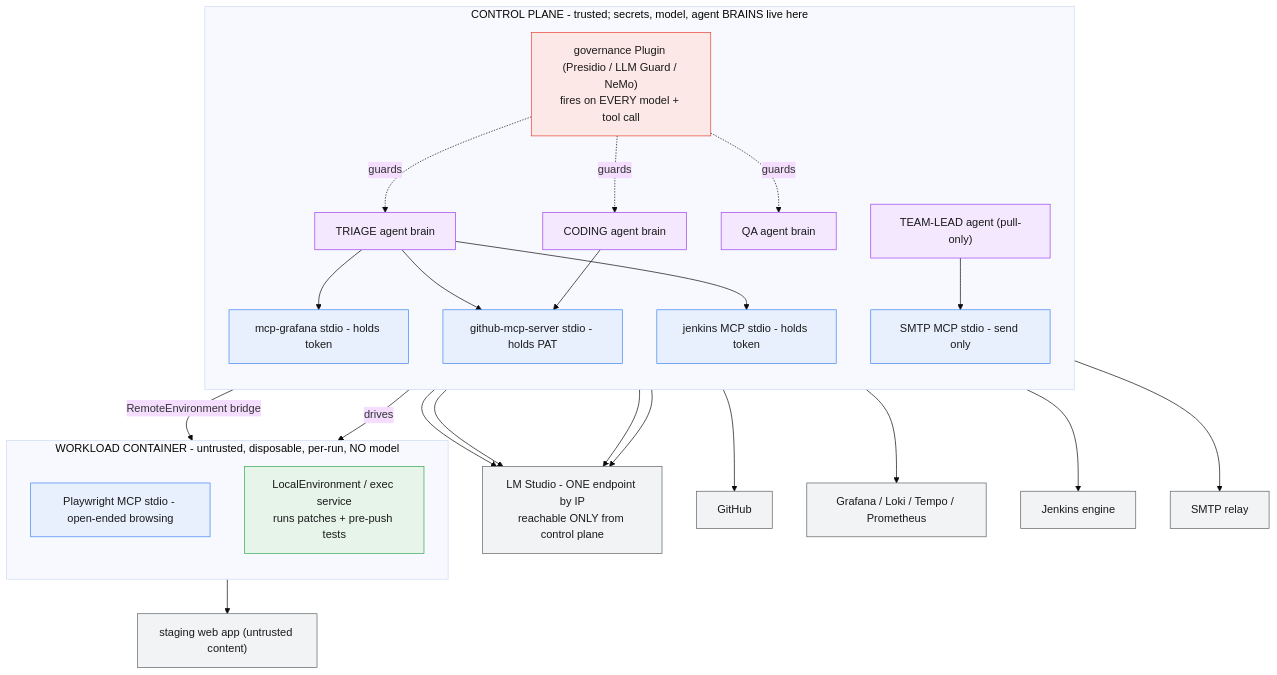
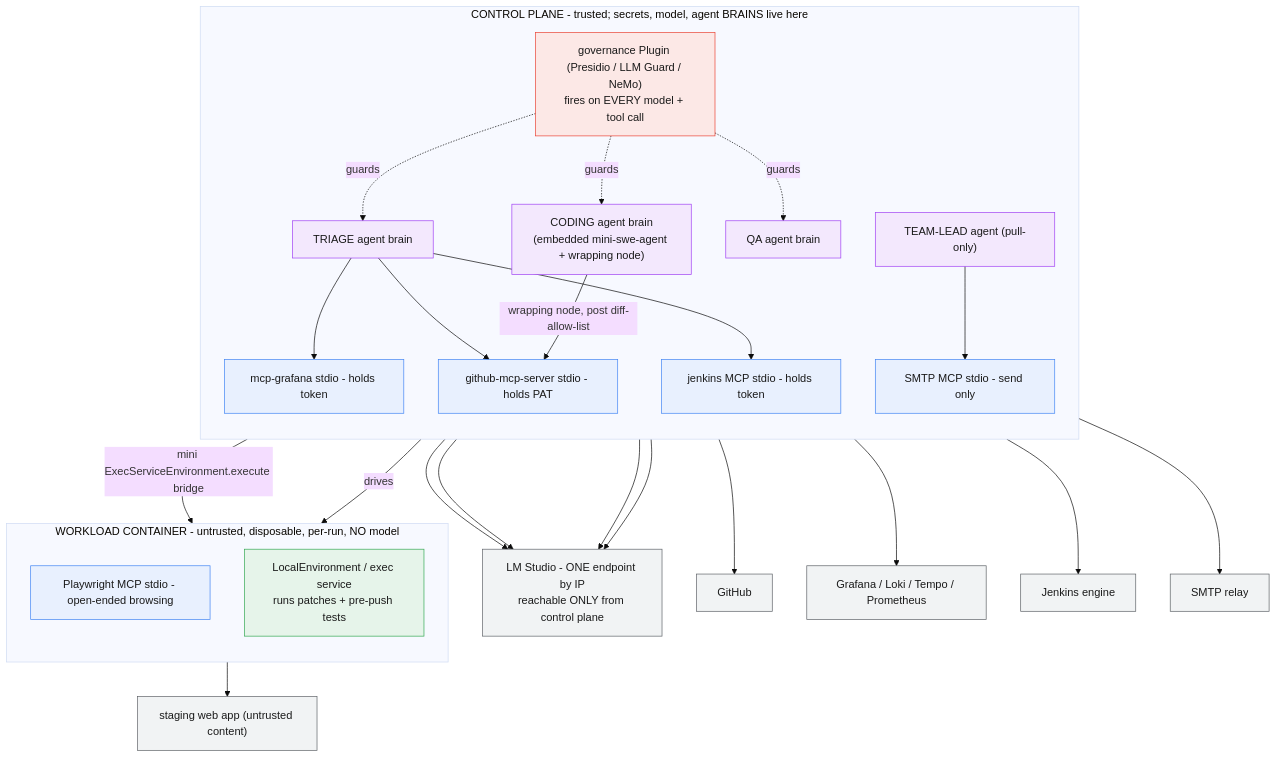
Before and after one commit to khiemhuynh95/pitcrew-ci: the first of 7 diagrams in ARCHITECTURE_DIAGRAMS.md, drawn with Mermaid (base theme). The commit also changed other lines of this file and 3 other files, not shown here.

First line of the commit message:
Adopt embedded mini-swe-agent for the coding agent's inner loop

````diff
--- a/ARCHITECTURE_DIAGRAMS.md
+++ b/ARCHITECTURE_DIAGRAMS.md
@@ -34,55 +36,55 @@
 ```mermaid
 flowchart TB
     LM["LM Studio - ONE endpoint by IP<br/>reachable ONLY from control plane"]:::ext
     GH["GitHub"]:::ext
     GRAF["Grafana / Loki / Tempo / Prometheus"]:::ext
     JENKHOST["Jenkins engine"]:::ext
     WEB["staging web app (untrusted content)"]:::ext
     MAIL["SMTP relay"]:::ext
 
     subgraph CP["CONTROL PLANE - trusted; secrets, model, agent BRAINS live here"]
       direction TB
       PLUGIN["governance Plugin (Presidio / LLM Guard / NeMo)<br/>fires on EVERY model + tool call"]:::govern
       TRIAGE["TRIAGE agent brain"]:::agent
-      CODER["CODING agent brain"]:::agent
+      CODER["CODING agent brain<br/>(embedded mini-swe-agent + wrapping node)"]:::agent
       QABRAIN["QA agent brain"]:::agent
       LEAD["TEAM-LEAD agent (pull-only)"]:::agent
       GHMCP["github-mcp-server stdio - holds PAT"]:::mcp
       JENMCP["jenkins MCP stdio - holds token"]:::mcp
       GRMCP["mcp-grafana stdio - holds token"]:::mcp
       MAILMCP["SMTP MCP stdio - send only"]:::mcp
     end
 
     subgraph WL["WORKLOAD CONTAINER - untrusted, disposable, per-run, NO model"]
       direction TB
       PWMCP["Playwright MCP stdio - open-ended browsing"]:::mcp
       EXEC["LocalEnvironment / exec service<br/>runs patches + pre-push tests"]:::scale
     end
 
     PLUGIN -.guards.-> TRIAGE
     PLUGIN -.guards.-> CODER
     PLUGIN -.guards.-> QABRAIN
     TRIAGE --> GRMCP
     TRIAGE --> GHMCP
     TRIAGE --> JENMCP
-    CODER --> GHMCP
+    CODER -->|wrapping node, post diff-allow-list| GHMCP
     LEAD --> MAILMCP
-    CODER -->|RemoteEnvironment bridge| EXEC
+    CODER -->|mini ExecServiceEnvironment.execute bridge| EXEC
     QABRAIN -->|drives| PWMCP
 
     TRIAGE --> LM
     CODER --> LM
     QABRAIN --> LM
     LEAD --> LM
     GHMCP --> GH
     JENMCP --> JENKHOST
     GRMCP --> GRAF
     MAILMCP --> MAIL
     PWMCP --> WEB
 
     classDef agent fill:#f3e8fd,stroke:#a142f4,color:#1a1a1a
     classDef mcp fill:#e8f0fe,stroke:#4285f4,color:#1a1a1a
     classDef scale fill:#e6f4ea,stroke:#34a853,color:#1a1a1a
     classDef govern fill:#fce8e6,stroke:#ea4335,color:#1a1a1a
     classDef ext fill:#f1f3f4,stroke:#5f6368,color:#1a1a1a
 ```
````
